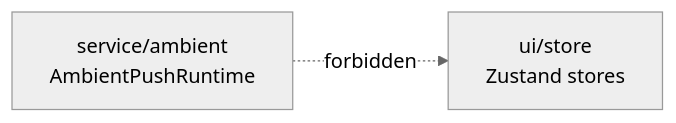
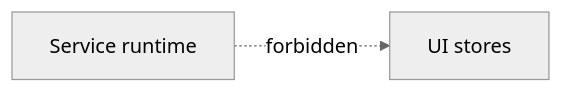
Before and after one commit to highestpeak/obsidian-peak-assistant: the third of 7 diagrams in docs/superpowers/audits/2026-06-13-t8-owner-review-packet.md, drawn with Mermaid (neutral theme). The commit also changed other lines of this file and 2 other files, not shown here.

Commit message:
docs(refactor): remove newline labels from T8 diagrams

````diff
--- a/docs/superpowers/audits/2026-06-13-t8-owner-review-packet.md
+++ b/docs/superpowers/audits/2026-06-13-t8-owner-review-packet.md
@@ -187,6 +187,6 @@
 ```mermaid
 flowchart LR
-  BadRuntime["service/ambient\nAmbientPushRuntime"]
-  BadStore["ui/store\nZustand stores"]
+  BadRuntime["Service runtime"]
+  BadStore["UI stores"]
   BadRuntime -. "forbidden" .-> BadStore
 ```
````
